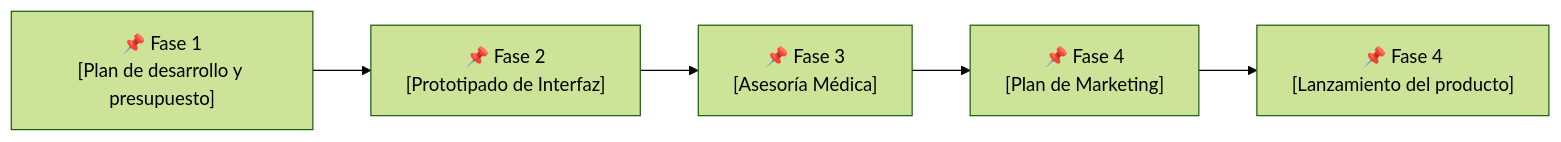
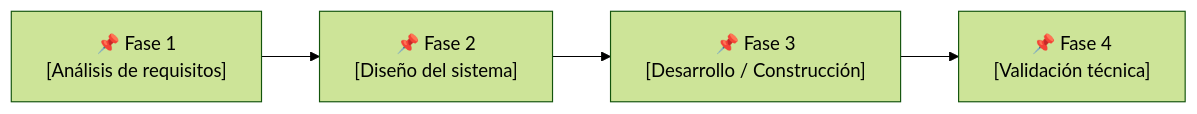
Before and after one commit to TomasGonzalez1204/plan-proyecto-gp-uner: the second of 4 diagrams in docs/01-plan-inicial/ciclo-de-vida.md, drawn with Mermaid (forest theme). The commit also changed other lines of this file, not shown here.

Commit message:
Update project phases in ciclo-de-vida.md

````diff
--- a/docs/01-plan-inicial/ciclo-de-vida.md
+++ b/docs/01-plan-inicial/ciclo-de-vida.md
@@ -42,10 +42,9 @@
 ```mermaid
 flowchart LR
-    F1["📌 Fase 1\n[Plan de desarrollo y presupuesto]"]
-    F2["📌 Fase 2\n[Prototipado de Interfaz]"]
-    F3["📌 Fase 3\n[Asesoría Médica]"]
-    F4["📌 Fase 4\n[Plan de Marketing]"]
-    F5["📌 Fase 4\n[Lanzamiento del producto]"]
+    F1["📌 Fase 1\n[Análisis de requisitos]"]
+    F2["📌 Fase 2\n[Diseño del sistema]"]
+    F3["📌 Fase 3\n[Desarrollo / Construcción]"]
+    F4["📌 Fase 4\n[Validación técnica]"]
 
-    F1 --> F2 --> F3 --> F4 --> F5
+    F1 --> F2 --> F3 --> F4 
 ```
````
